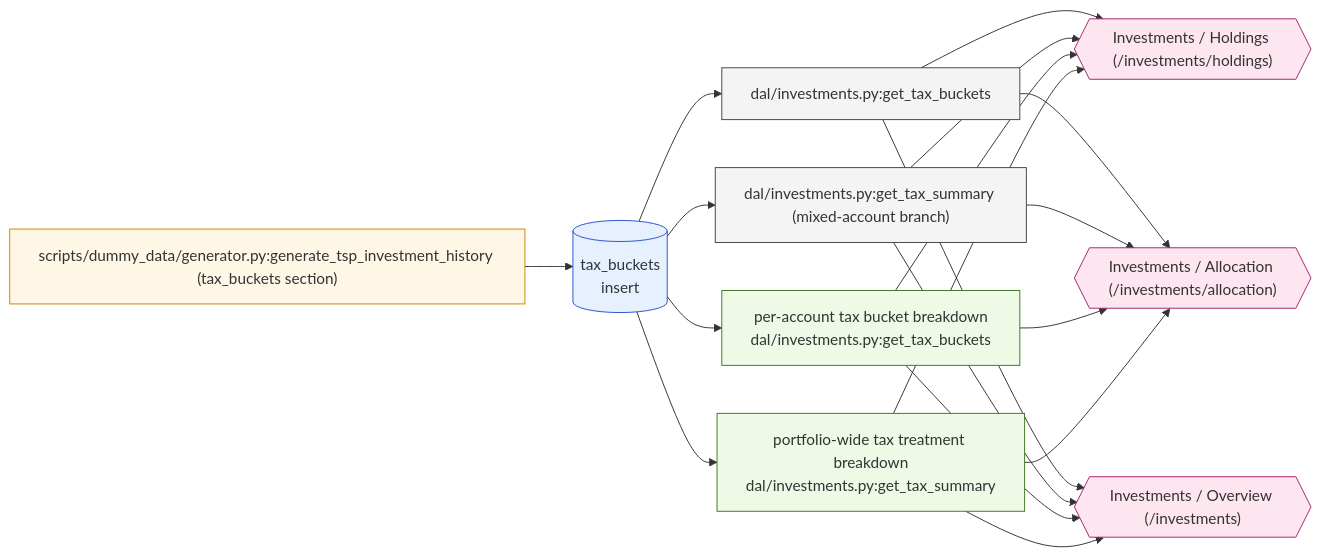
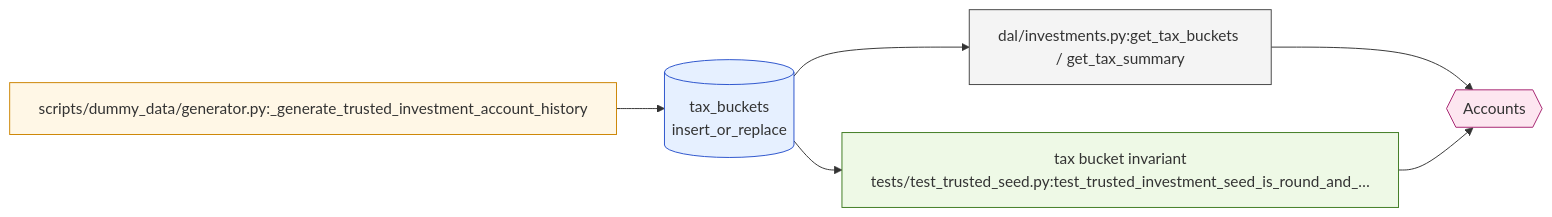
Before and after one commit to wileyqe/Sentry-Finance: the diagram in docs/data-lineage/diagrams/tax_bucket_snapshot.mmd, drawn with Mermaid. The commit also changed 44 other files, not shown here.

Commit message:
Simplify canonical investment seed

```diff
--- a/docs/data-lineage/diagrams/tax_bucket_snapshot.mmd
+++ b/docs/data-lineage/diagrams/tax_bucket_snapshot.mmd
@@ -1,42 +1,26 @@
 %% Auto-generated by build_diagrams.py — do not edit by hand.
 %% Event: tax_bucket_snapshot (class: external_force)
 %% Tax bucket snapshot (TSP traditional / roth split)
 graph LR
-  origin["scripts/dummy_data/generator.py:generate_tsp_investment_history (tax_buckets section)"]
-  tbl_tax_buckets[("tax_buckets<br/>insert")]
+  origin["scripts/dummy_data/generator.py:_generate_trusted_investment_account_history"]
+  tbl_tax_buckets[("tax_buckets<br/>insert_or_replace")]
   origin --> tbl_tax_buckets
-  dc0_get_tax_buckets["dal/investments.py:get_tax_buckets"]
-  dc1_get_tax_summary_mixed_account_branch["dal/investments.py:get_tax_summary (mixed-account branch)"]
-  dv0_per_account_tax_bucket_breakdown["per-account tax bucket breakdown<br/>dal/investments.py:get_tax_buckets"]
-  dv1_portfolio_wide_tax_treatment_breakdown["portfolio-wide tax treatment breakdown<br/>dal/investments.py:get_tax_summary"]
-  tbl_tax_buckets --> dc0_get_tax_buckets
-  tbl_tax_buckets --> dc1_get_tax_summary_mixed_account_branch
-  tbl_tax_buckets --> dv0_per_account_tax_bucket_breakdown
-  tbl_tax_buckets --> dv1_portfolio_wide_tax_treatment_breakdown
-  ui0_Investments_Holdings_investments_holdings{{"Investments / Holdings (/investments/holdings)"}}
-  ui1_Investments_Allocation_investments_allocation{{"Investments / Allocation (/investments/allocation)"}}
-  ui2_Investments_Overview_investments{{"Investments / Overview (/investments)"}}
-  dc0_get_tax_buckets --> ui0_Investments_Holdings_investments_holdings
-  dc1_get_tax_summary_mixed_account_branch --> ui0_Investments_Holdings_investments_holdings
-  dv0_per_account_tax_bucket_breakdown --> ui0_Investments_Holdings_investments_holdings
-  dv1_portfolio_wide_tax_treatment_breakdown --> ui0_Investments_Holdings_investments_holdings
-  dc0_get_tax_buckets --> ui1_Investments_Allocation_investments_allocation
-  dc1_get_tax_summary_mixed_account_branch --> ui1_Investments_Allocation_investments_allocation
-  dv0_per_account_tax_bucket_breakdown --> ui1_Investments_Allocation_investments_allocation
-  dv1_portfolio_wide_tax_treatment_breakdown --> ui1_Investments_Allocation_investments_allocation
-  dc0_get_tax_buckets --> ui2_Investments_Overview_investments
-  dc1_get_tax_summary_mixed_account_branch --> ui2_Investments_Overview_investments
-  dv0_per_account_tax_bucket_breakdown --> ui2_Investments_Overview_investments
-  dv1_portfolio_wide_tax_treatment_breakdown --> ui2_Investments_Overview_investments
+  dc0_get_tax_buckets_get_tax_summary["dal/investments.py:get_tax_buckets / get_tax_summary"]
+  dv0_tax_bucket_invariant["tax bucket invariant<br/>tests/test_trusted_seed.py:test_trusted_investment_seed_is_round_and_…"]
+  tbl_tax_buckets --> dc0_get_tax_buckets_get_tax_summary
+  tbl_tax_buckets --> dv0_tax_bucket_invariant
+  ui0_Accounts{{"Accounts"}}
+  dc0_get_tax_buckets_get_tax_summary --> ui0_Accounts
+  dv0_tax_bucket_invariant --> ui0_Accounts
 
   classDef origin fill:#fff7e6,stroke:#cc8400,stroke-width:1px;
   classDef table fill:#e6f0ff,stroke:#2952cc,stroke-width:1px;
   classDef consumer fill:#f4f4f4,stroke:#444,stroke-width:1px;
   classDef derivation fill:#eef9e6,stroke:#3d7a1f,stroke-width:1px;
   classDef ui fill:#fde6f0,stroke:#a5226f,stroke-width:1px;
   classDef effect fill:#f6e6ff,stroke:#5e2a82,stroke-width:1px;
   class origin origin;
   class tbl_tax_buckets table;
-  class dc0_get_tax_buckets,dc1_get_tax_summary_mixed_account_branch consumer;
-  class dv0_per_account_tax_bucket_breakdown,dv1_portfolio_wide_tax_treatment_breakdown derivation;
-  class ui0_Investments_Holdings_investments_holdings,ui1_Investments_Allocation_investments_allocation,ui2_Investments_Overview_investments ui;
+  class dc0_get_tax_buckets_get_tax_summary consumer;
+  class dv0_tax_bucket_invariant derivation;
+  class ui0_Accounts ui;
```
